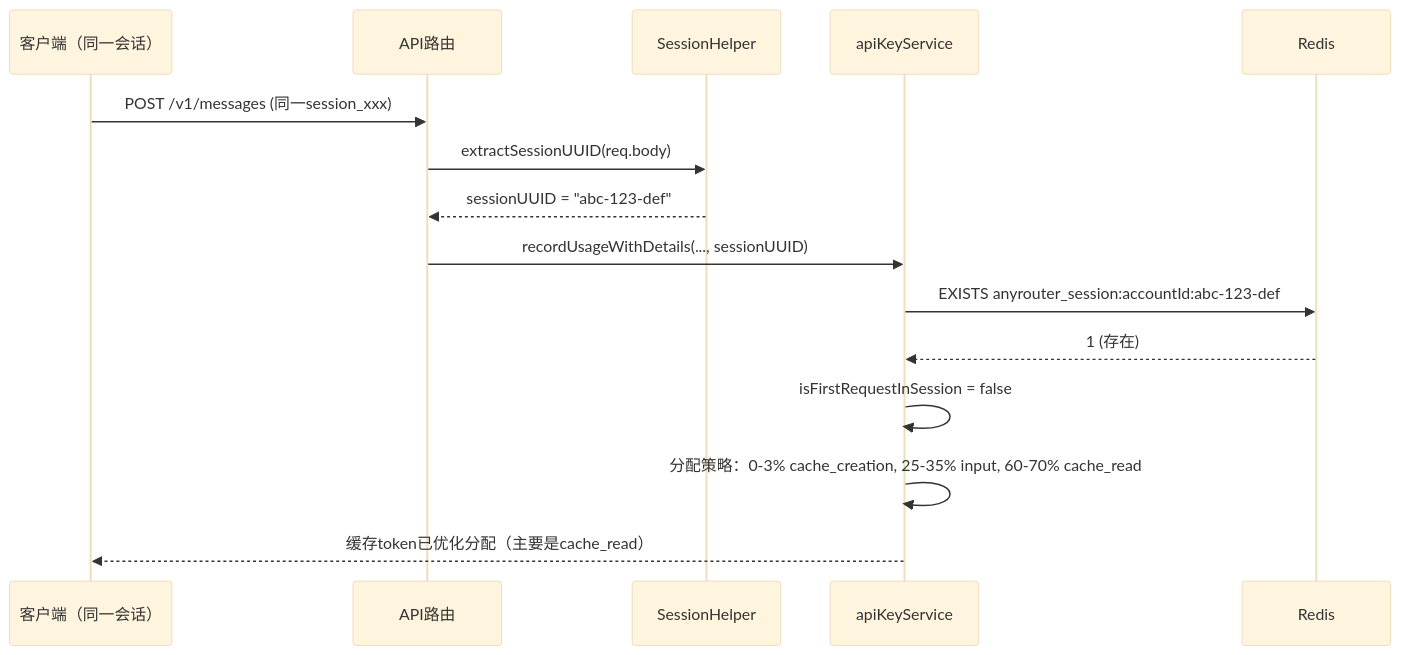
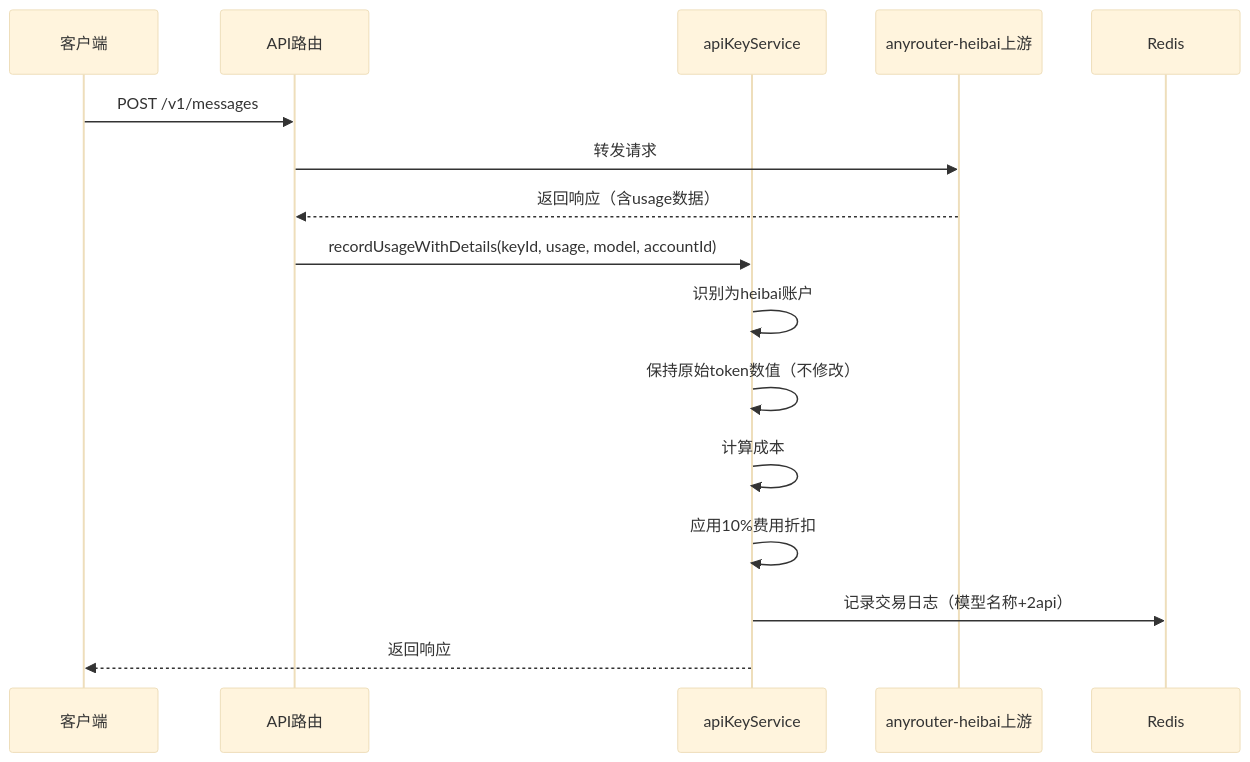
Before and after one commit to xj4007/claude-relay-service: the diagram in docs/anyrouter-heibai-cache-fix.md, drawn with Mermaid (base theme). The commit also changed other lines of this file and 5 other files, not shown here.

````diff
--- a/docs/anyrouter-heibai-cache-fix.md
+++ b/docs/anyrouter-heibai-cache-fix.md
@@ -202,18 +134,19 @@
 ```mermaid
 sequenceDiagram
-    participant Client as 客户端（同一会话）
+    participant Client as 客户端
     participant Router as API路由
-    participant SessionHelper as SessionHelper
     participant ApiKeyService as apiKeyService
+    participant Upstream as anyrouter-heibai上游
     participant Redis as Redis
 
-    Client->>Router: POST /v1/messages (同一session_xxx)
-    Router->>SessionHelper: extractSessionUUID(req.body)
-    SessionHelper-->>Router: sessionUUID = "abc-123-def"
-    Router->>ApiKeyService: recordUsageWithDetails(..., sessionUUID)
-    ApiKeyService->>Redis: EXISTS anyrouter_session:accountId:abc-123-def
-    Redis-->>ApiKeyService: 1 (存在)
-    ApiKeyService->>ApiKeyService: isFirstRequestInSession = false
-    ApiKeyService->>ApiKeyService: 分配策略：0-3% cache_creation, 25-35% input, 60-70% cache_read
-    ApiKeyService-->>Client: 缓存token已优化分配（主要是cache_read）
+    Client->>Router: POST /v1/messages
+    Router->>Upstream: 转发请求
+    Upstream-->>Router: 返回响应（含usage数据）
+    Router->>ApiKeyService: recordUsageWithDetails(keyId, usage, model, accountId)
+    ApiKeyService->>ApiKeyService: 识别为heibai账户
+    ApiKeyService->>ApiKeyService: 保持原始token数值（不修改）
+    ApiKeyService->>ApiKeyService: 计算成本
+    ApiKeyService->>ApiKeyService: 应用10%费用折扣
+    ApiKeyService->>Redis: 记录交易日志（模型名称+2api）
+    ApiKeyService-->>Client: 返回响应
 ```
````
